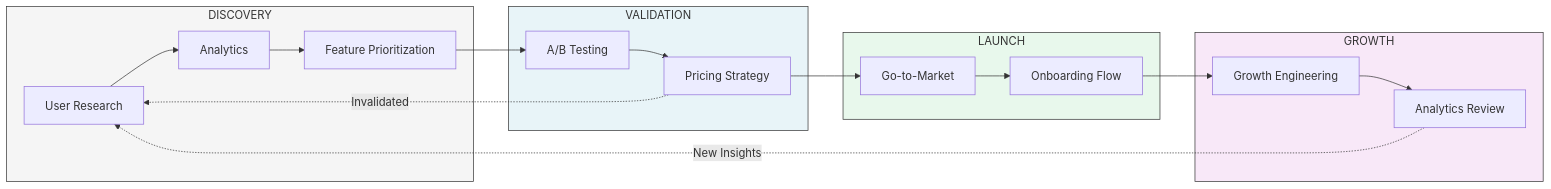
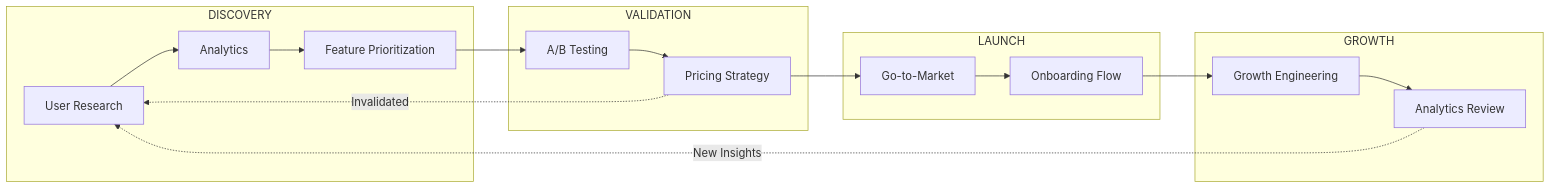
One commit to j4flmao/agent-skills changed the second of 2 diagrams in docs/business/product-guide.md. Above: the diagram before and after it, drawn with Mermaid. The commit also changed other lines of this file and 8 other files, not shown here.

Commit message:
style: Strip hardcoded Mermaid styles for Dark Mode compatibility

````diff
--- a/docs/business/product-guide.md
+++ b/docs/business/product-guide.md
@@ -63,29 +62,28 @@
 ```mermaid
 flowchart LR
     subgraph DISCOVERY
         UR[User Research] --> ANA[Analytics]
         ANA --> FP[Feature Prioritization]
     end
 
     subgraph VALIDATION
         FP --> AB[A/B Testing]
         AB --> Price[Pricing Strategy]
         Price -.->|Invalidated| UR
     end
 
     subgraph LAUNCH
         Price --> GTM[Go-to-Market]
         GTM --> ONB[Onboarding Flow]
     end
 
     subgraph GROWTH
         ONB --> GE[Growth Engineering]
         GE --> ANA_LOOP[Analytics Review]
         ANA_LOOP -.->|New Insights| UR
     end
-    
-    style DISCOVERY fill:#f5f5f5,stroke:#333
-    style VALIDATION fill:#e8f4f8,stroke:#333
-    style LAUNCH fill:#e8f8ec,stroke:#333
-    style GROWTH fill:#f8e8f8,stroke:#333
+
+
+
+
 ```
````
